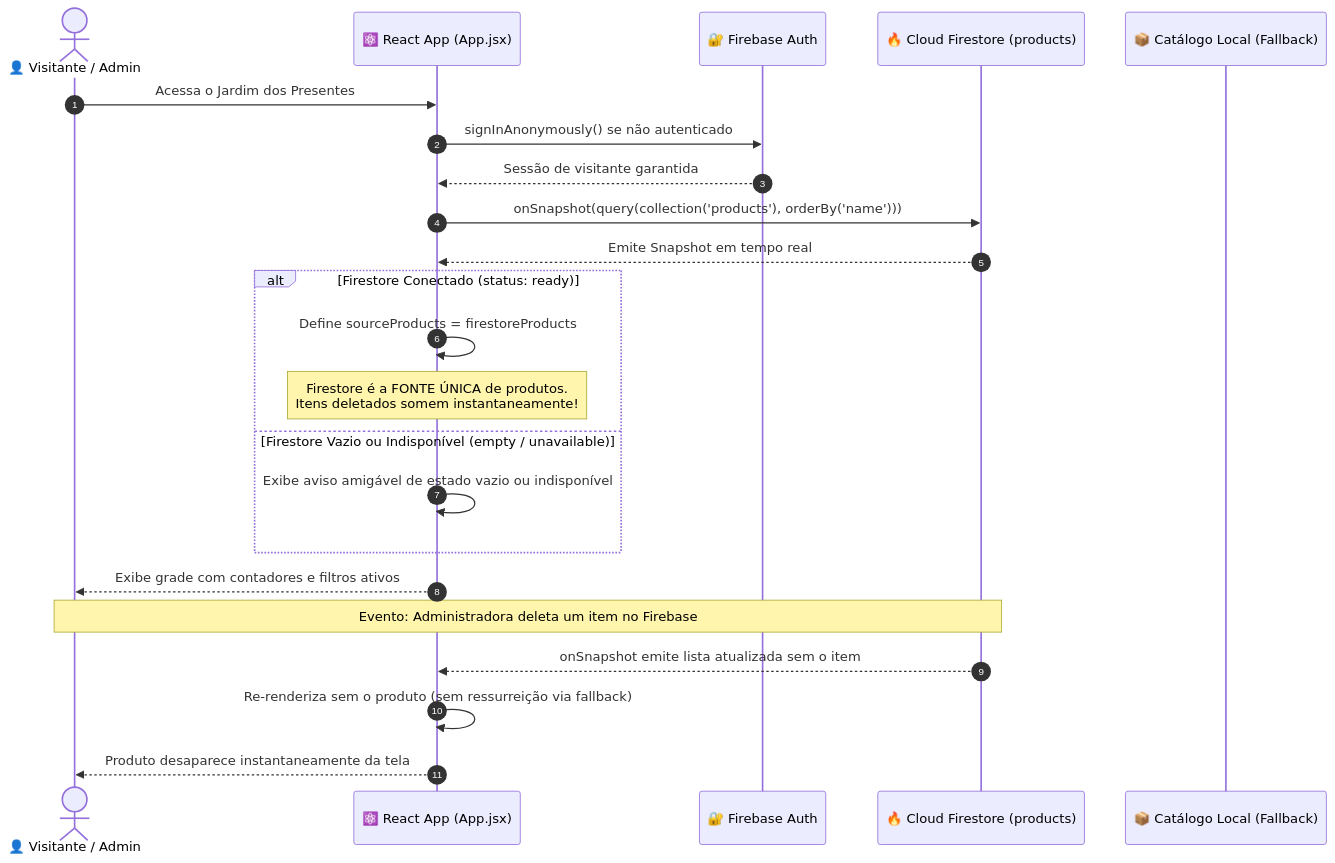
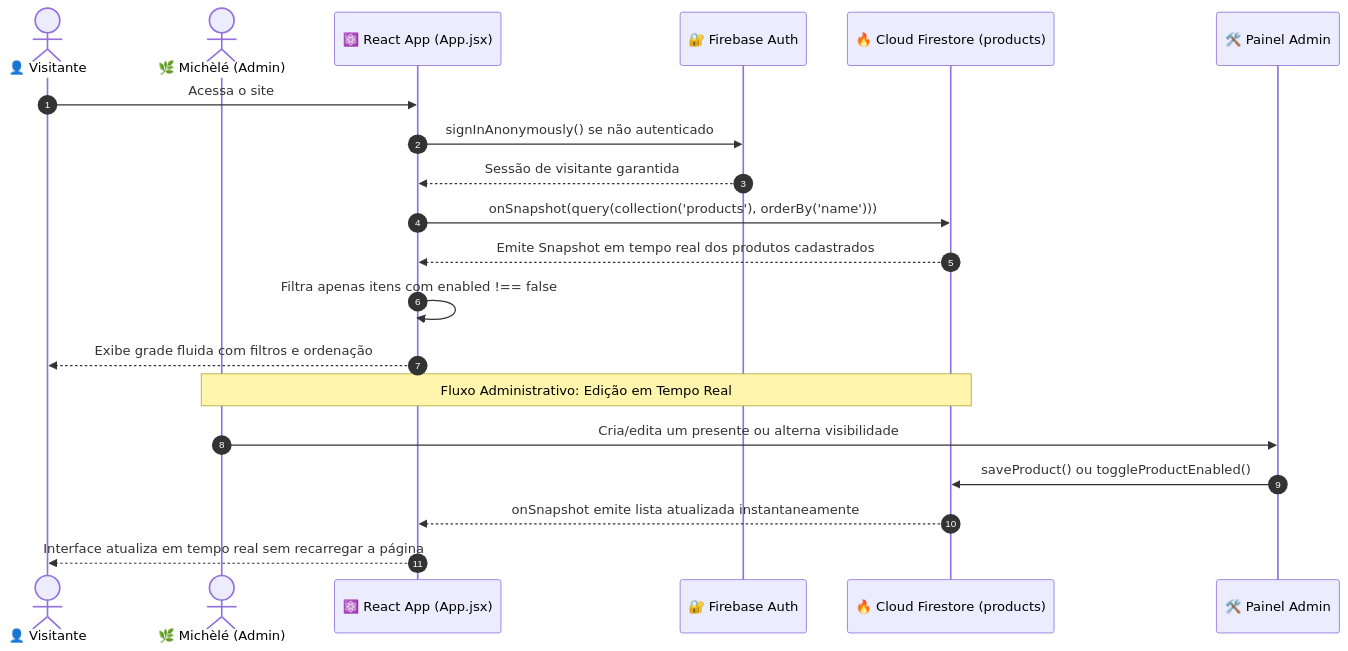
Before and after one commit to michelejoohann/jardim-dos-presentes: the second of 2 diagrams in docs/ARCHITECTURE.md, drawn with Mermaid. The commit also changed other lines of this file and 6 other files, not shown here.

Commit message:
refactor: desacopla dados de produtos do codigo, fonte unica no Firestore e atualiza documentacao

````diff
--- a/docs/ARCHITECTURE.md
+++ b/docs/ARCHITECTURE.md
@@ -61,30 +83,26 @@
 ```mermaid
 sequenceDiagram
     autonumber
-    actor Visitante as 👤 Visitante / Admin
+    actor Visitante as 👤 Visitante
+    actor Admin as 🌿 Michèlé (Admin)
     participant App as ⚛️ React App (App.jsx)
     participant Auth as 🔐 Firebase Auth
     participant Firestore as 🔥 Cloud Firestore (products)
-    participant Fallback as 📦 Catálogo Local (Fallback)
+    participant AdminPanel as 🛠️ Painel Admin
 
-    Visitante->>App: Acessa o Jardim dos Presentes
+    Visitante->>App: Acessa o site
     App->>Auth: signInAnonymously() se não autenticado
     Auth-->>App: Sessão de visitante garantida
 
     App->>Firestore: onSnapshot(query(collection('products'), orderBy('name')))
-    Firestore-->>App: Emite Snapshot em tempo real
+    Firestore-->>App: Emite Snapshot em tempo real dos produtos cadastrados
 
-    alt Firestore Conectado (status: ready)
-        App->>App: Define sourceProducts = firestoreProducts
-        Note over App: Firestore é a FONTE ÚNICA de produtos.<br/>Itens deletados somem instantaneamente!
-    else Firestore Vazio ou Indisponível (empty / unavailable)
-        App->>App: Exibe aviso amigável de estado vazio ou indisponível
-    end
+    App->>App: Filtra apenas itens com enabled !== false
+    App-->>Visitante: Exibe grade fluida com filtros e ordenação
 
-    App-->>Visitante: Exibe grade com contadores e filtros ativos
-
-    Note over Visitante,Firestore: Evento: Administradora deleta um item no Firebase
-    Firestore-->>App: onSnapshot emite lista atualizada sem o item
-    App->>App: Re-renderiza sem o produto (sem ressurreição via fallback)
-    App-->>Visitante: Produto desaparece instantaneamente da tela
+    Note over Admin,Firestore: Fluxo Administrativo: Edição em Tempo Real
+    Admin->>AdminPanel: Cria/edita um presente ou alterna visibilidade
+    AdminPanel->>Firestore: saveProduct() ou toggleProductEnabled()
+    Firestore-->>App: onSnapshot emite lista atualizada instantaneamente
+    App-->>Visitante: Interface atualiza em tempo real sem recarregar a página
 ```
````
